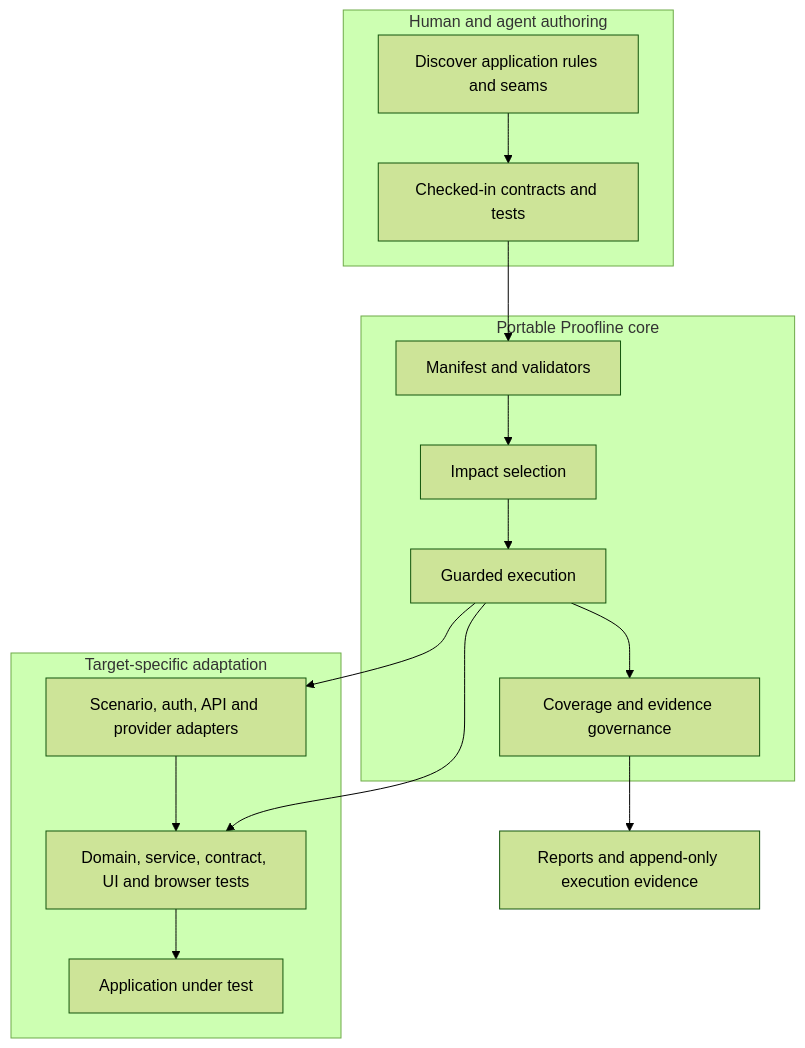
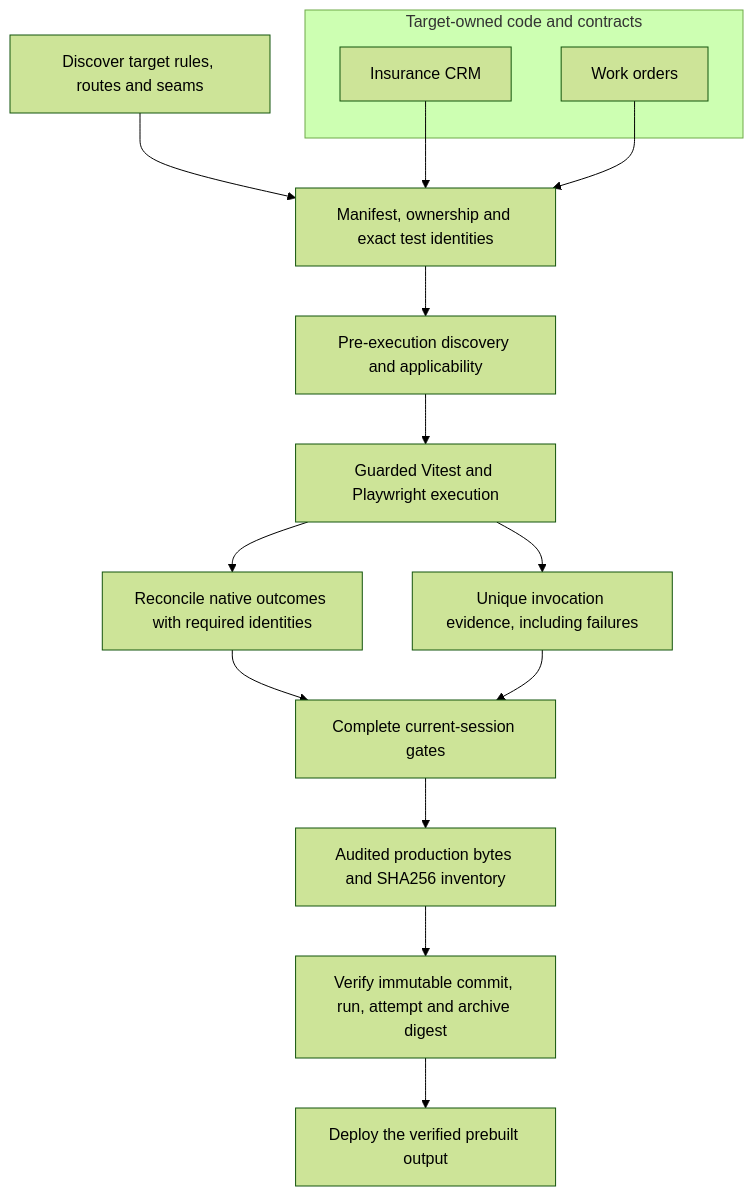
Before and after one commit to deanmng1/proofline: the first of 3 diagrams in docs/showcase/TECHNICAL_GUIDE.md, drawn with Mermaid (forest theme). The commit also changed other lines of this file and 63 other files, not shown here.

Commit message:
docs: demonstrate verified execution and portability in showcase

````diff
--- a/docs/showcase/TECHNICAL_GUIDE.md
+++ b/docs/showcase/TECHNICAL_GUIDE.md
@@ -11,23 +13,19 @@
 ```mermaid
 flowchart TB
-  subgraph Authoring[Human and agent authoring]
-    A[Discover application rules and seams] --> C[Checked-in contracts and tests]
-  end
-  subgraph Portable[Portable Proofline core]
-    M[Manifest and validators]
-    I[Impact selection]
-    G[Guarded execution]
-    E[Coverage and evidence governance]
-    M --> I --> G --> E
-  end
-  subgraph Target[Target-specific adaptation]
-    D[Scenario, auth, API and provider adapters]
-    T[Domain, service, contract, UI and browser tests]
-    R[Application under test]
-    D --> T --> R
+  A[Discover target rules, routes and seams] --> M[Manifest, ownership and exact test identities]
+  M --> D[Pre-execution discovery and applicability]
+  D --> R[Guarded Vitest and Playwright execution]
+  R --> N[Reconcile native outcomes with required identities]
+  R --> E[Unique invocation evidence, including failures]
+  N --> G[Complete current-session gates]
+  E --> G
+  G --> P[Audited production bytes and SHA256 inventory]
+  P --> V[Verify immutable commit, run, attempt and archive digest]
+  V --> B[Deploy the verified prebuilt output]
+  subgraph Targets[Target-owned code and contracts]
+    C[Insurance CRM]
+    W[Work orders]
   end
   C --> M
-  G --> D
-  G --> T
-  E --> O[Reports and append-only execution evidence]
+  W --> M
 ```
````
